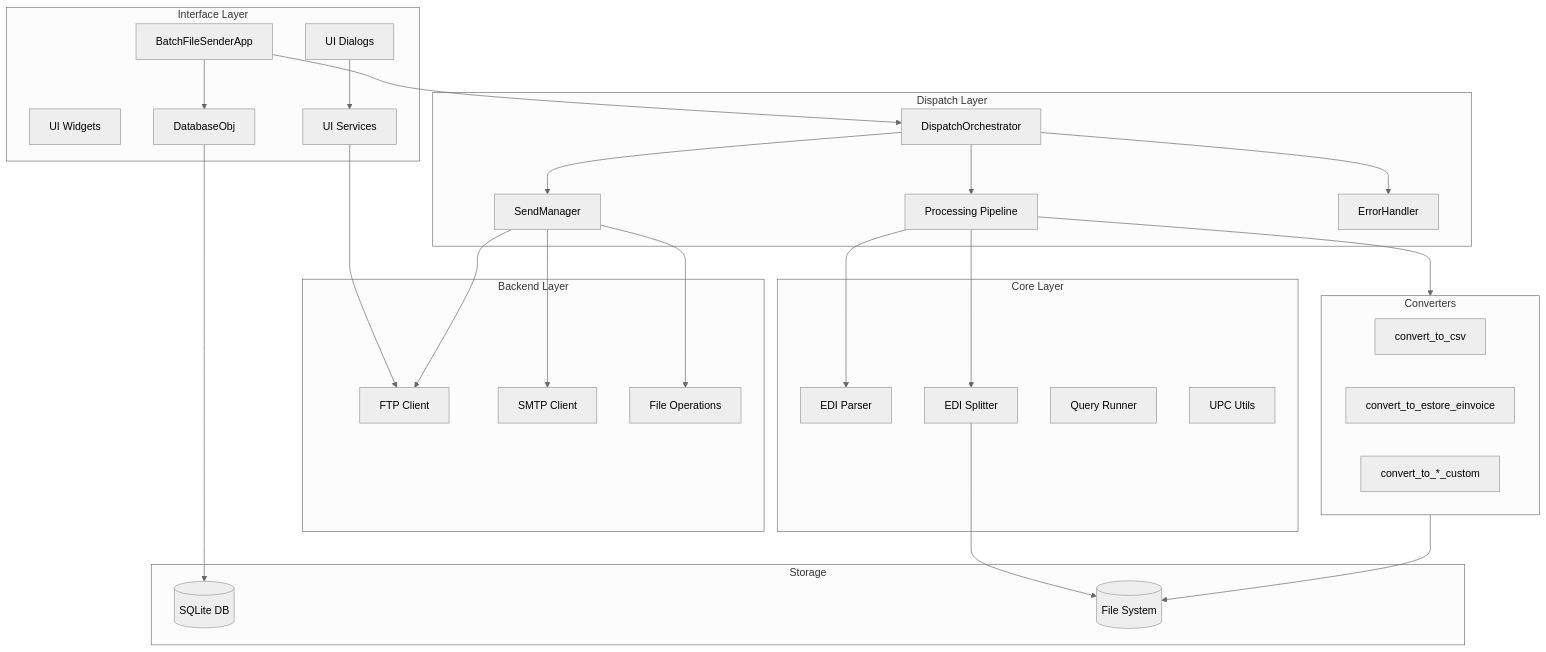
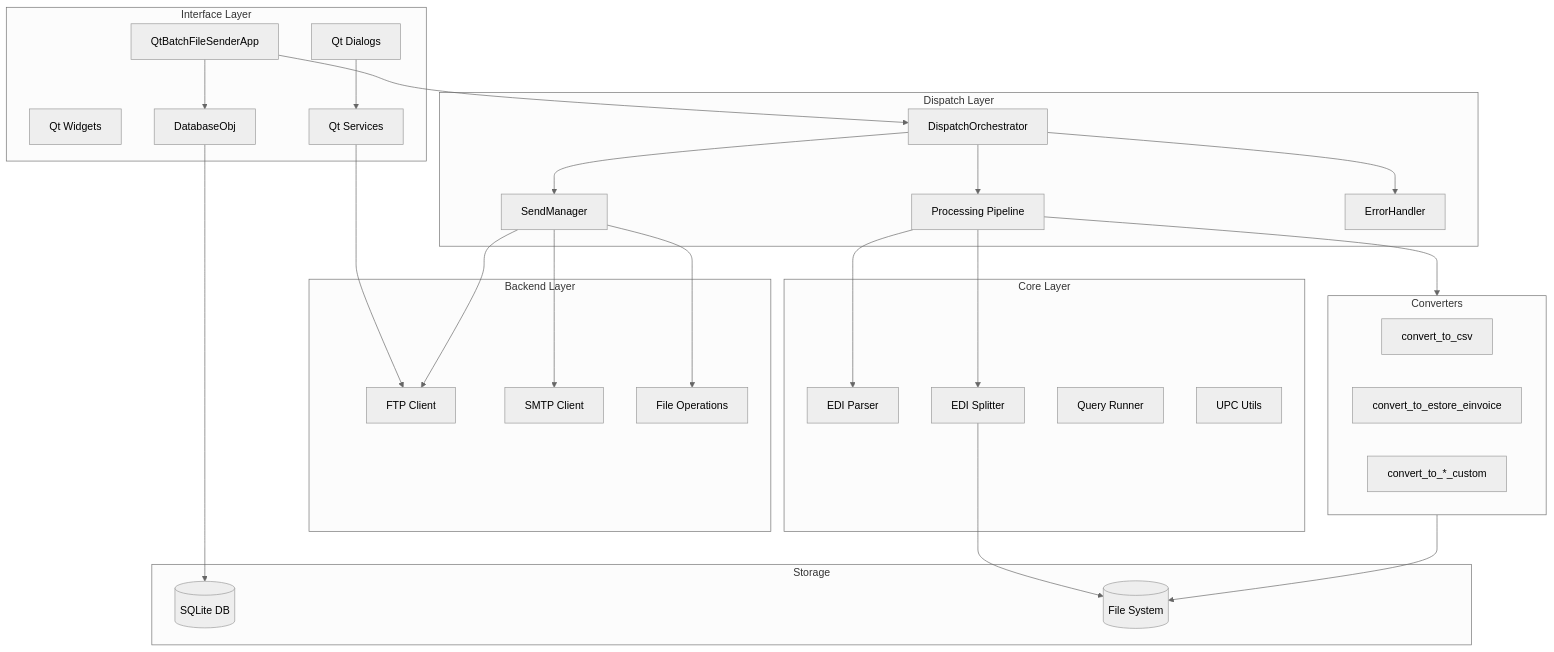
Before and after one commit to dtg01100/batch-file-processor: the first of 4 diagrams in docs/design/SYSTEM_ARCHITECTURE.md, drawn with Mermaid (neutral theme). The commit also changed other lines of this file and 21 other files, not shown here.

````diff
--- a/docs/design/SYSTEM_ARCHITECTURE.md
+++ b/docs/design/SYSTEM_ARCHITECTURE.md
@@ -192,62 +192,62 @@
 ```mermaid
 graph TB
     subgraph Interface Layer
-        App[BatchFileSenderApp]
-        Dialogs[UI Dialogs]
-        Widgets[UI Widgets]
-        Services[UI Services]
+        App[QtBatchFileSenderApp]
+        Dialogs[Qt Dialogs]
+        Widgets[Qt Widgets]
+        Services[Qt Services]
         DBObj[DatabaseObj]
     end
     
     subgraph Dispatch Layer
         Orchestrator[DispatchOrchestrator]
         Pipeline[Processing Pipeline]
         SendMgr[SendManager]
         ErrHandler[ErrorHandler]
     end
     
     subgraph Backend Layer
         FTPClient[FTP Client]
         SMTPClient[SMTP Client]
         FileOps[File Operations]
     end
     
     subgraph Core Layer
         EDIParser[EDI Parser]
         EDISplitter[EDI Splitter]
         QueryRunner[Query Runner]
         UPCUtils[UPC Utils]
     end
     
     subgraph Converters
         CSV[convert_to_csv]
         EInvoice[convert_to_estore_einvoice]
         Custom[convert_to_*_custom]
     end
     
     subgraph Storage
         SQLite[(SQLite DB)]
         FileSystem[(File System)]
     end
     
     App --> Orchestrator
     App --> DBObj
     Dialogs --> Services
     Services --> FTPClient
     
     Orchestrator --> Pipeline
     Orchestrator --> SendMgr
     Orchestrator --> ErrHandler
     
     Pipeline --> EDIParser
     Pipeline --> EDISplitter
     Pipeline --> Converters
     
     SendMgr --> FTPClient
     SendMgr --> SMTPClient
     SendMgr --> FileOps
     
     DBObj --> SQLite
     EDISplitter --> FileSystem
     Converters --> FileSystem
 ```
````
